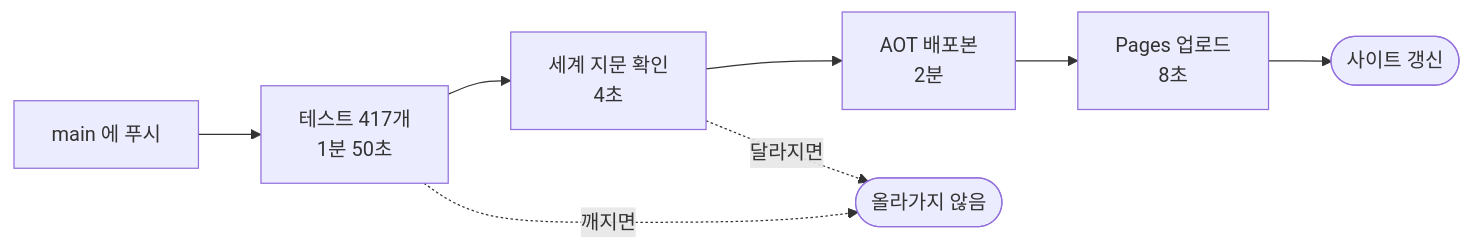
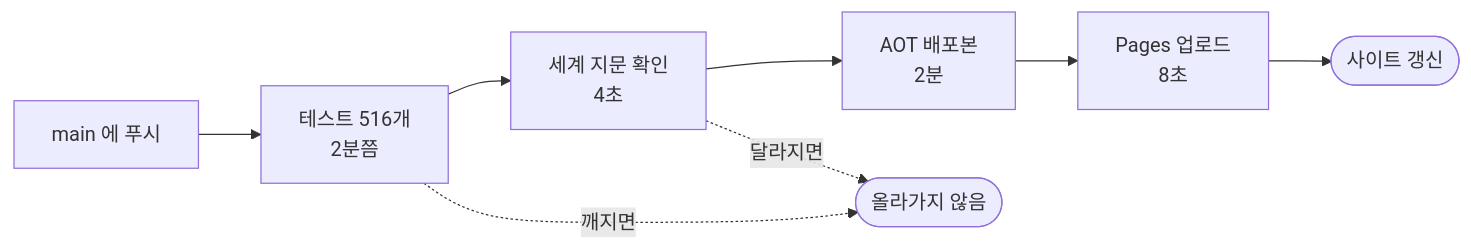
The diagram in docs/배포.md (Sundae-unity-dev/Football-TacticManager), drawn with Mermaid before and after one commit. The commit also changed other lines of this file and 11 other files, not shown here.

````diff
--- a/docs/배포.md
+++ b/docs/배포.md
@@ -7,10 +8,10 @@
 ```mermaid
 flowchart LR
-  P["main 에 푸시"] --> T["테스트 417개<br/>1분 50초"]
+  P["main 에 푸시"] --> T["테스트 516개<br/>2분쯤"]
   T --> F["세계 지문 확인<br/>4초"]
   F --> A["AOT 배포본<br/>2분"]
   A --> U["Pages 업로드<br/>8초"]
   U --> L(["사이트 갱신"])
   T -. "깨지면" .-> X(["올라가지 않음"])
   F -. "달라지면" .-> X
 ```
````
